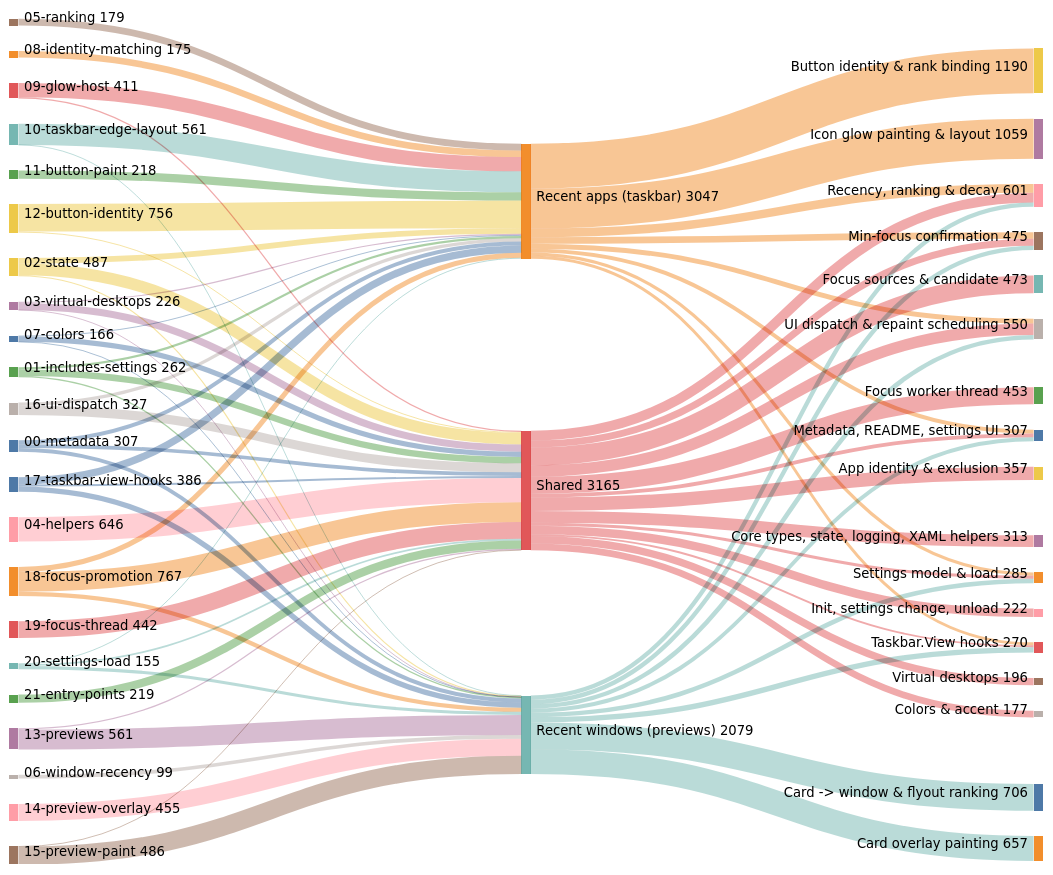
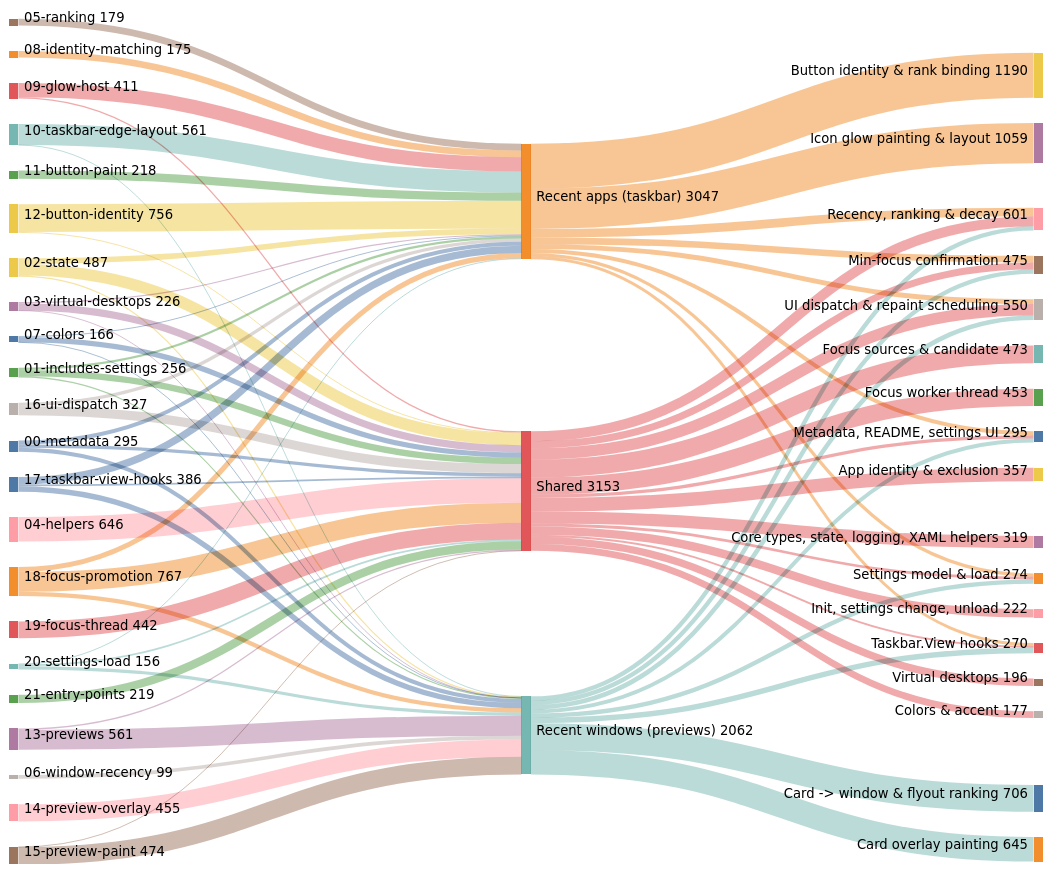
One commit to jvlasek/taskbar-recent-focus-highlight changed the second of 5 diagrams in doc/code/code-breakdown.md. Above: the diagram before and after it, drawn with Mermaid (neutral theme). The commit also changed other lines of this file and 10 other files, not shown here.

```diff
--- a/doc/code/code-breakdown.md
+++ b/doc/code/code-breakdown.md
@@ -38,11 +38,11 @@
 ---
 sankey-beta
 00-metadata,"Recent apps (taskbar)",105
-00-metadata,"Shared",99
+00-metadata,"Shared",87
 00-metadata,"Recent windows (previews)",103
 01-includes-settings,"Recent apps (taskbar)",59
 01-includes-settings,"Shared",169
-01-includes-settings,"Recent windows (previews)",34
+01-includes-settings,"Recent windows (previews)",28
 02-state,"Recent apps (taskbar)",150
 02-state,"Shared",306
 02-state,"Recent windows (previews)",31
@@ -67,7 +67,7 @@
 13-previews,"Recent windows (previews)",528
 14-preview-overlay,"Recent windows (previews)",455
 15-preview-paint,"Shared",4
-15-preview-paint,"Recent windows (previews)",482
+15-preview-paint,"Recent windows (previews)",470
 16-ui-dispatch,"Recent apps (taskbar)",87
 16-ui-dispatch,"Shared",240
 17-taskbar-view-hooks,"Recent apps (taskbar)",193
@@ -79,7 +79,7 @@
 19-focus-thread,"Shared",442
 20-settings-load,"Recent apps (taskbar)",26
 20-settings-load,"Shared",46
-20-settings-load,"Recent windows (previews)",83
+20-settings-load,"Recent windows (previews)",84
 21-entry-points,"Shared",219
 "Recent apps (taskbar)","Button identity & rank binding",1190
 "Recent apps (taskbar)","Icon glow painting & layout",1059
@@ -92,21 +92,21 @@
 "Shared","Focus sources & candidate",473
 "Shared","Focus worker thread",453
 "Shared","App identity & exclusion",357
-"Shared","Core types, state, logging, XAML helpers",313
+"Shared","Core types, state, logging, XAML helpers",319
 "Shared","UI dispatch & repaint scheduling",300
 "Shared","Recency, ranking & decay",261
 "Shared","Init, settings change, unload",222
 "Shared","Virtual desktops",196
 "Shared","Min-focus confirmation",185
 "Shared","Colors & accent",177
-"Shared","Metadata, README, settings UI",99
-"Shared","Settings model & load",79
+"Shared","Metadata, README, settings UI",87
+"Shared","Settings model & load",73
 "Shared","Taskbar.View hooks",50
 "Recent windows (previews)","Card -> window & flyout ranking",706
-"Recent windows (previews)","Card overlay painting",657
+"Recent windows (previews)","Card overlay painting",645
 "Recent windows (previews)","Taskbar.View hooks",143
-"Recent windows (previews)","Settings model & load",121
 "Recent windows (previews)","UI dispatch & repaint scheduling",121
+"Recent windows (previews)","Settings model & load",116
 "Recent windows (previews)","Min-focus confirmation",115
 "Recent windows (previews)","Recency, ranking & decay",113
 "Recent windows (previews)","Metadata, README, settings UI",103
```
